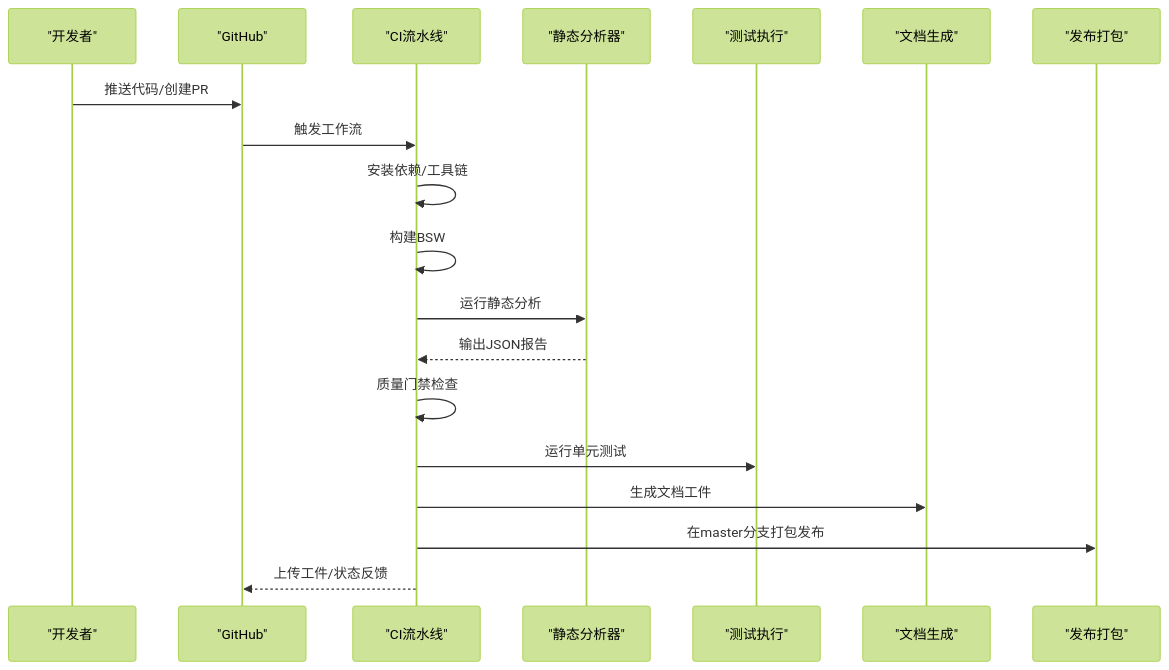
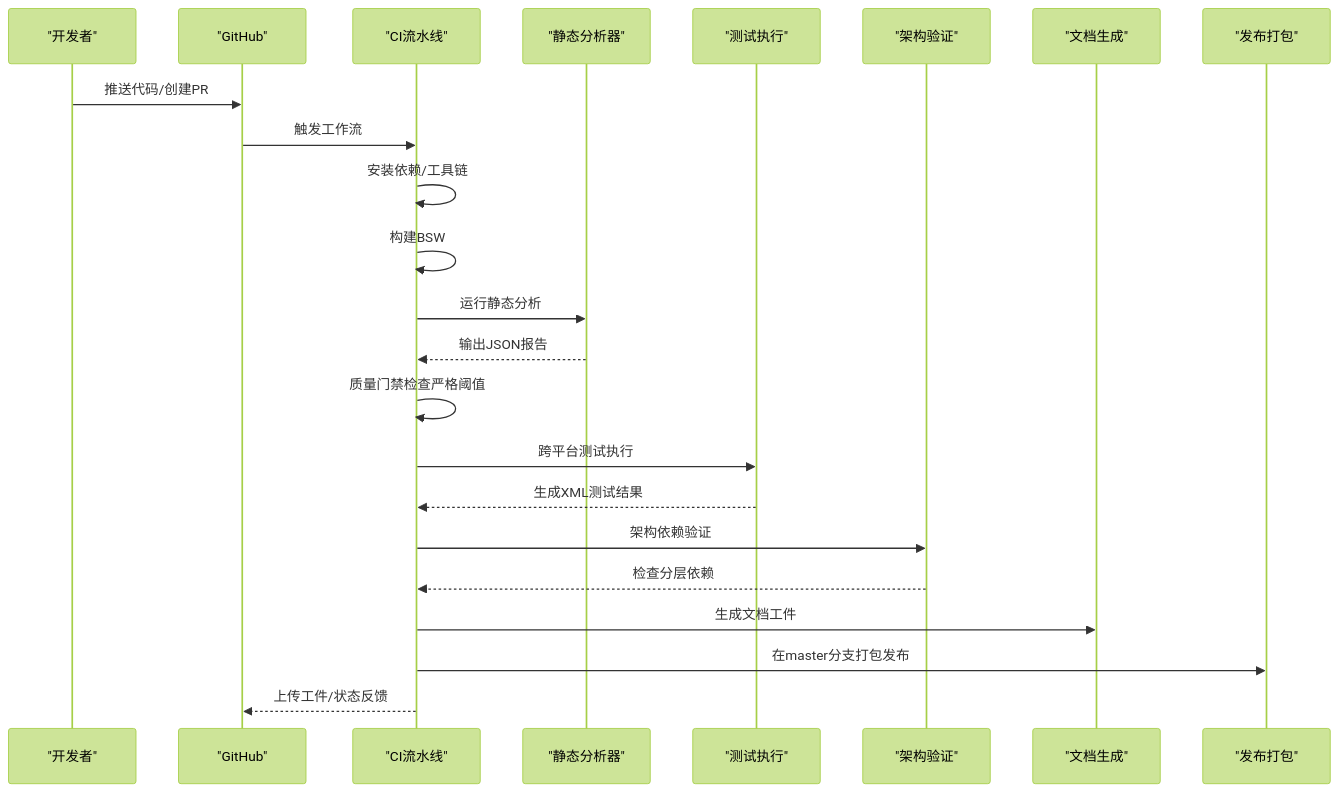
Before and after one commit to frisky1985/yuleASR: the second of 9 diagrams in .qoder/repowiki/zh/content/开发指南/开发流程/开发工作流自动化.md, drawn with Mermaid (forest theme). The commit also changed other lines of this file and 12 other files, not shown here.

````diff
--- a/.qoder/repowiki/zh/content/开发指南/开发流程/开发工作流自动化.md
+++ b/.qoder/repowiki/zh/content/开发指南/开发流程/开发工作流自动化.md
@@ -135,21 +157,25 @@
 ```mermaid
 sequenceDiagram
 participant Dev as "开发者"
 participant GH as "GitHub"
 participant CI as "CI流水线"
 participant SA as "静态分析器"
-participant TG as "测试执行"
+participant TEST as "测试执行"
+participant ARCH as "架构验证"
 participant DOC as "文档生成"
 participant REL as "发布打包"
 Dev->>GH : 推送代码/创建PR
 GH->>CI : 触发工作流
 CI->>CI : 安装依赖/工具链
 CI->>CI : 构建BSW
 CI->>SA : 运行静态分析
 SA-->>CI : 输出JSON报告
-CI->>CI : 质量门禁检查
-CI->>TG : 运行单元测试
+CI->>CI : 质量门禁检查严格阈值
+CI->>TEST : 跨平台测试执行
+TEST-->>CI : 生成XML测试结果
+CI->>ARCH : 架构依赖验证
+ARCH-->>CI : 检查分层依赖
 CI->>DOC : 生成文档工件
 CI->>REL : 在master分支打包发布
 CI-->>GH : 上传工件/状态反馈
 ```
````
